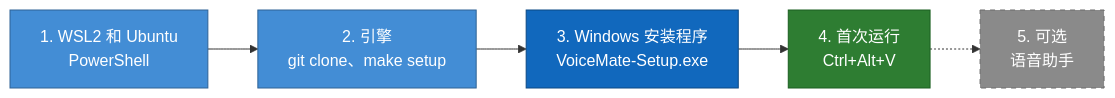
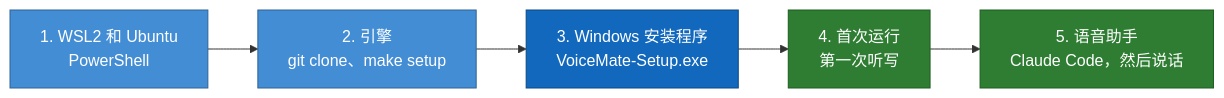
One commit to nano-br/voice-mate changed the diagram in docs/install-guide.zh-CN.md. Above: the diagram before and after it, drawn with Mermaid. The commit also changed other lines of this file and 29 other files, not shown here.

````diff
--- a/docs/install-guide.zh-CN.md
+++ b/docs/install-guide.zh-CN.md
@@ -13,16 +13,14 @@
 ```mermaid
 flowchart LR
     s1["1. WSL2 和 Ubuntu<br/>PowerShell"] --> s2["2. 引擎<br/>git clone、make setup"]
     s2 --> s3["3. Windows 安装程序<br/>VoiceMate-Setup.exe"]
-    s3 --> s4["4. 首次运行<br/>Ctrl+Alt+V"]
-    s4 -.-> s5["5. 可选<br/>语音助手"]
+    s3 --> s4["4. 首次运行<br/>第一次听写"]
+    s4 --> s5["5. 语音助手<br/>Claude Code，然后说话"]
 
     classDef system fill:#1168bd,stroke:#0b4884,color:#ffffff
     classDef container fill:#438dd5,stroke:#2e6295,color:#ffffff
     classDef ok fill:#2e7d32,stroke:#1b5e20,color:#ffffff
-    classDef optional fill:#8a8a8a,stroke:#6b6b6b,color:#ffffff,stroke-dasharray:5 5
     class s1,s2 container
     class s3 system
-    class s4 ok
-    class s5 optional
+    class s4,s5 ok
 ```
````
